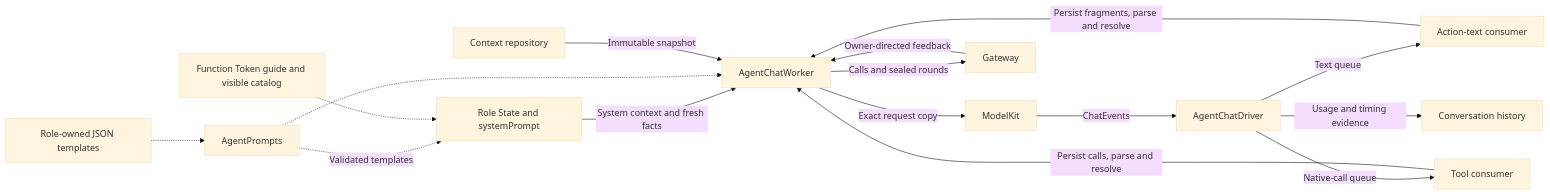
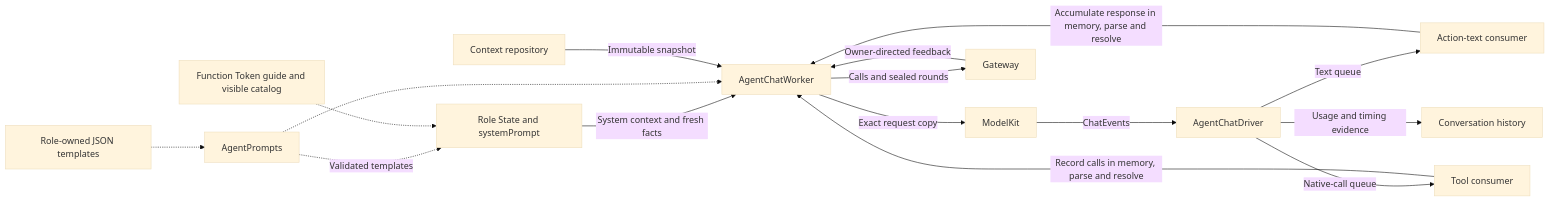
One commit to devilyouwei/MobileHarness changed the diagram in MobileHarness/Agents/Support/Chat/README.md. Above: the diagram before and after it, drawn with Mermaid (base theme). The commit also changed other lines of this file and 108 other files, not shown here.

````diff
--- a/MobileHarness/Agents/Support/Chat/README.md
+++ b/MobileHarness/Agents/Support/Chat/README.md
@@ -15,18 +15,18 @@
 ```mermaid
 flowchart LR
  Role[Role State and systemPrompt] -->|System context and fresh facts| Worker[AgentChatWorker]
  Assets[Role-owned JSON templates] -.-> Loader[AgentPrompts]
  Loader -.->|Validated templates| Role
  Loader -.-> Worker
  Core[Function Token guide and visible catalog] -.-> Role
  Repository[Context repository] -->|Immutable snapshot| Worker
  Worker -->|Exact request copy| ModelKit
  ModelKit -->|ChatEvents| Driver[AgentChatDriver]
  Driver -->|Text queue| Text[Action-text consumer]
  Driver -->|Native-call queue| Native[Tool consumer]
  Driver -->|Usage and timing evidence| History[Conversation history]
- Text -->|Persist fragments, parse and resolve| Worker
- Native -->|Persist calls, parse and resolve| Worker
+ Text -->|Accumulate response in memory, parse and resolve| Worker
+ Native -->|Record calls in memory, parse and resolve| Worker
  Worker -->|Calls and sealed rounds| Gateway
  Gateway -->|Owner-directed feedback| Worker
 ```
````
